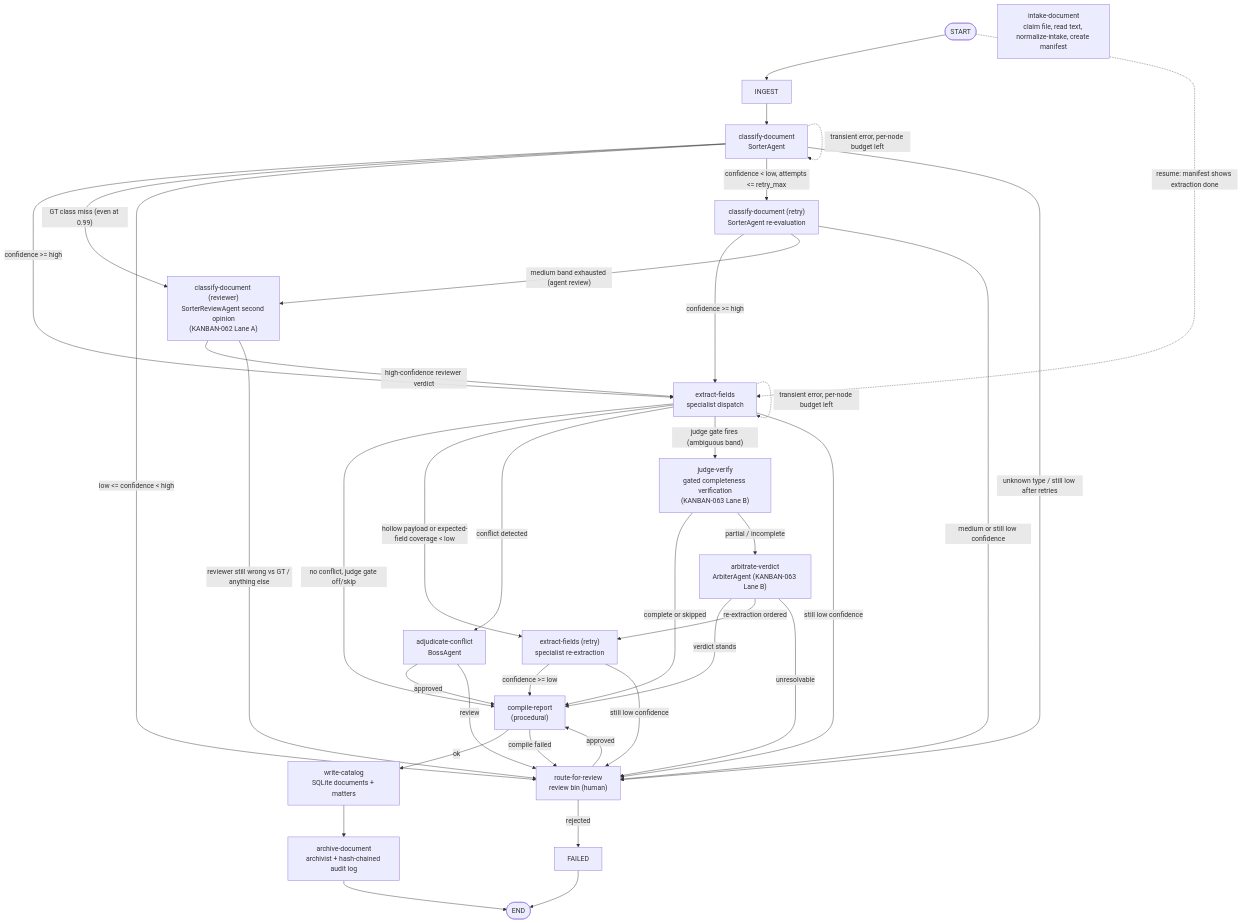
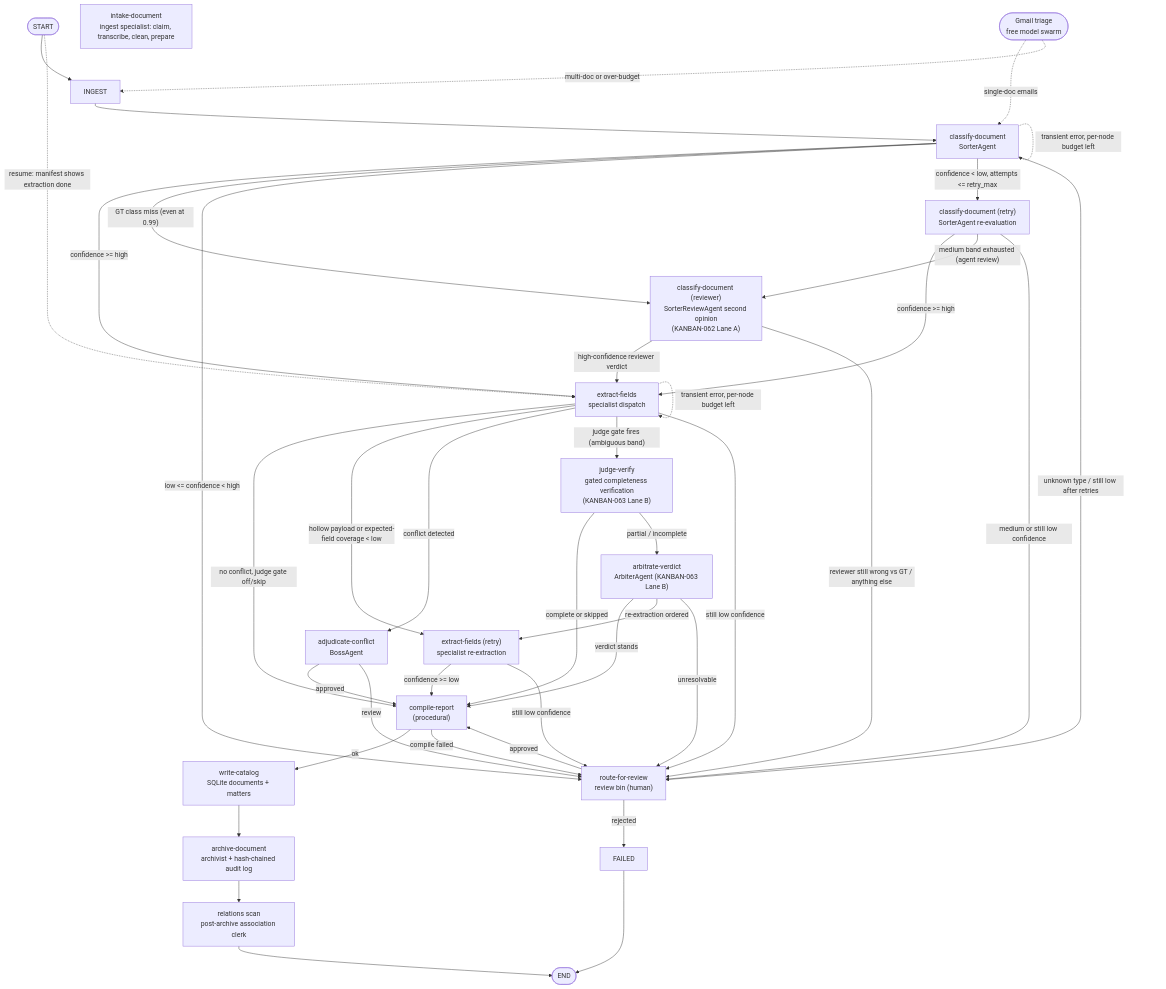
Before and after one commit to Exios66/llm-mailroom: the first of 2 diagrams in docs/architecture.md, drawn with Mermaid. The commit also changed other lines of this file and 4 other files, not shown here.

````diff
--- a/docs/architecture.md
+++ b/docs/architecture.md
@@ -11,57 +11,61 @@
 ```mermaid
 flowchart TD
     START([START]) --> INGEST
     START -. "resume: manifest shows extraction done" .-> EXTRACT
 
-    INTAKE["intake-document<br/>claim file, read text, normalize-intake, create manifest"]
+    INTAKE["intake-document<br/>ingest specialist: claim, transcribe, clean, prepare"]
     CLASSIFY["classify-document<br/>SorterAgent"]
     RETRY_CLASS["classify-document (retry)<br/>SorterAgent re-evaluation"]
     REVIEW_CLASS["classify-document (reviewer)<br/>SorterReviewAgent second opinion<br/>(KANBAN-062 Lane A)"]
     EXTRACT["extract-fields<br/>specialist dispatch"]
     RETRY_EXTRACT["extract-fields (retry)<br/>specialist re-extraction"]
     JUDGE["judge-verify<br/>gated completeness verification<br/>(KANBAN-063 Lane B)"]
     ARBITER["arbitrate-verdict<br/>ArbiterAgent (KANBAN-063 Lane B)"]
     BOSS["adjudicate-conflict<br/>BossAgent"]
     REVIEW["route-for-review<br/>review bin (human)"]
     REPORT["compile-report<br/>(procedural)"]
     CATALOG["write-catalog<br/>SQLite documents + matters"]
     ARCHIVE["archive-document<br/>archivist + hash-chained audit log"]
+    RELATIONS["relations scan<br/>post-archive association clerk"]
     FAILED["FAILED"]
     ENDX([END])
 
     INGEST --> CLASSIFY
 
     CLASSIFY -- "confidence >= high" --> EXTRACT
     CLASSIFY -- "GT class miss (even at 0.99)" --> REVIEW_CLASS
     CLASSIFY -- "low <= confidence < high" --> REVIEW
     CLASSIFY -- "confidence < low, attempts <= retry_max" --> RETRY_CLASS
     CLASSIFY -- "unknown type / still low after retries" --> REVIEW
     CLASSIFY -. "transient error, per-node budget left" .-> CLASSIFY
     RETRY_CLASS -- "confidence >= high" --> EXTRACT
     RETRY_CLASS -- "medium band exhausted (agent review)" --> REVIEW_CLASS
     RETRY_CLASS -- "medium or still low confidence" --> REVIEW
     REVIEW_CLASS -- "high-confidence reviewer verdict" --> EXTRACT
     REVIEW_CLASS -- "reviewer still wrong vs GT / anything else" --> REVIEW
 
     EXTRACT -- "no conflict, judge gate off/skip" --> REPORT
     EXTRACT -- "hollow payload or expected-field coverage < low" --> RETRY_EXTRACT
     EXTRACT -- "conflict detected" --> BOSS
     EXTRACT -- "judge gate fires (ambiguous band)" --> JUDGE
     EXTRACT -- "still low confidence" --> REVIEW
     EXTRACT -. "transient error, per-node budget left" .-> EXTRACT
     RETRY_EXTRACT -- "confidence >= low" --> REPORT
     RETRY_EXTRACT -- "still low confidence" --> REVIEW
 
     JUDGE -- "complete or skipped" --> REPORT
     JUDGE -- "partial / incomplete" --> ARBITER
     ARBITER -- "verdict stands" --> REPORT
     ARBITER -- "re-extraction ordered" --> RETRY_EXTRACT
     ARBITER -- "unresolvable" --> REVIEW
     BOSS -- "approved" --> REPORT
     BOSS -- "review" --> REVIEW
     REVIEW -- "approved" --> REPORT
     REVIEW -- "rejected" --> FAILED --> ENDX
 
-    REPORT -- "ok" --> CATALOG --> ARCHIVE --> ENDX
+    REPORT -- "ok" --> CATALOG --> ARCHIVE --> RELATIONS --> ENDX
     REPORT -- "compile failed" --> REVIEW
+
+    GMAIL([Gmail triage<br/>free model swarm]) -.->|single-doc emails| CLASSIFY
+    GMAIL -.->|multi-doc or over-budget| INGEST
 ```
````
